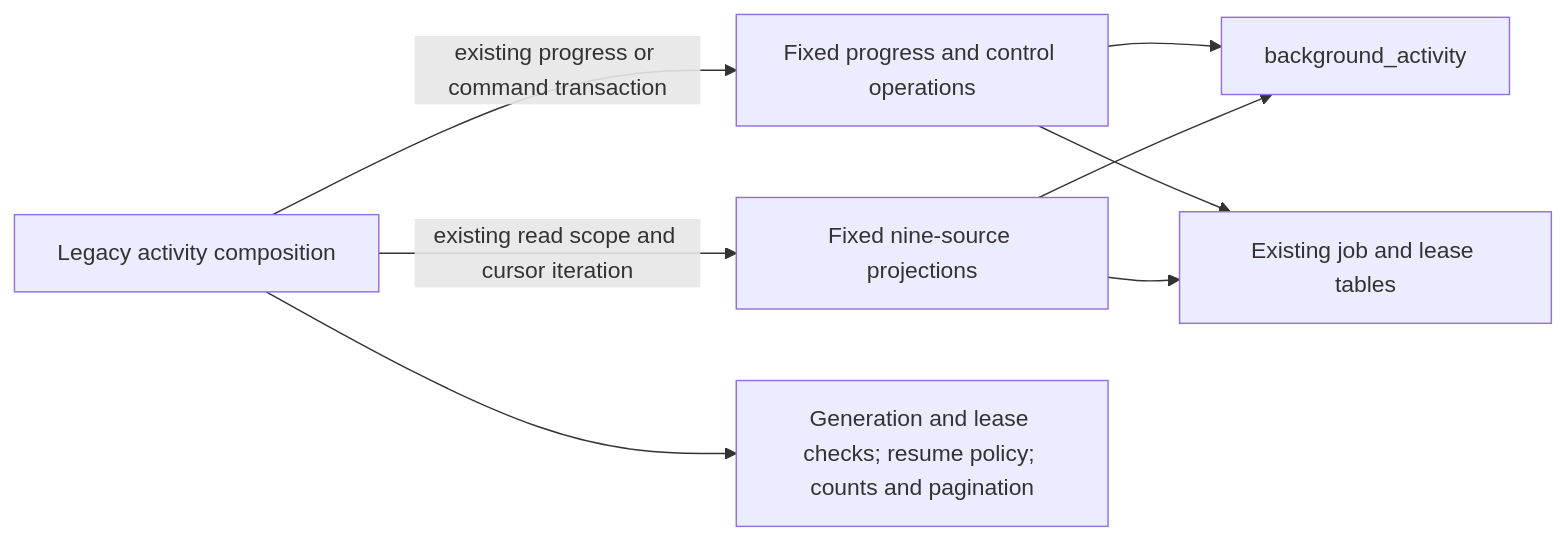
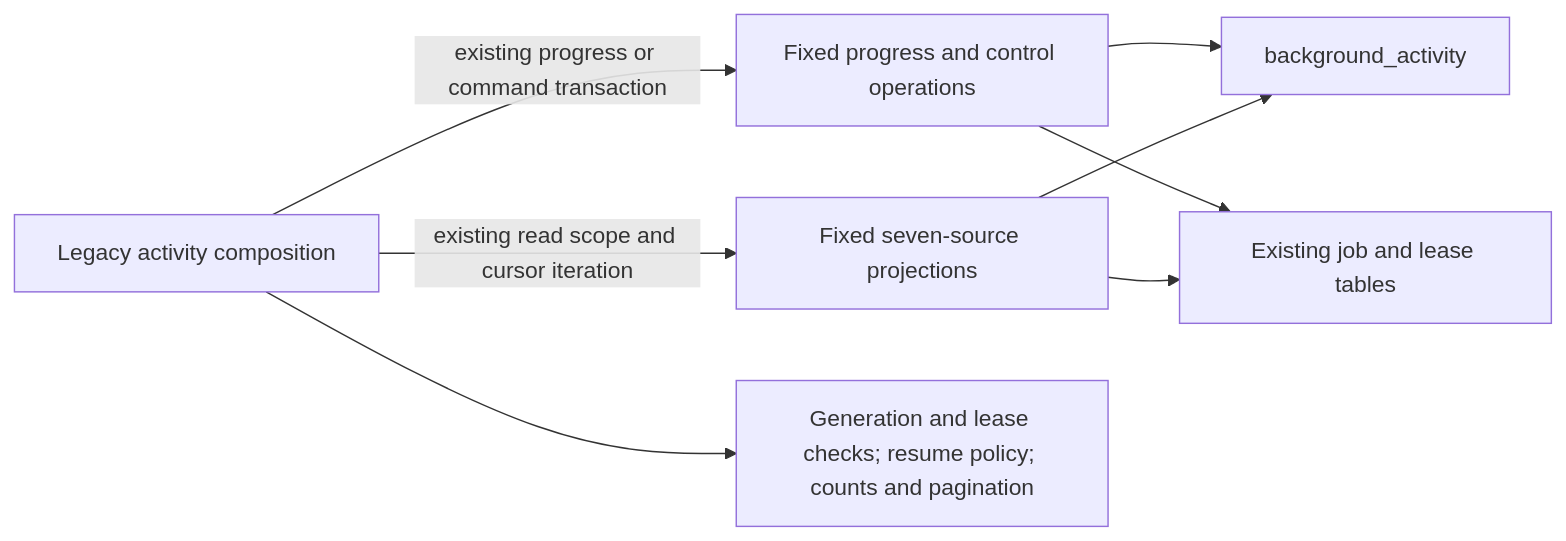
The first of 2 diagrams in database/tempo_legacy_database/adapters/controls/activity/README.md (aaweaver-actuary/tempo), drawn with Mermaid before and after one commit. The commit also changed other lines of this file and 19 other files, not shown here.

````diff
--- a/database/tempo_legacy_database/adapters/controls/activity/README.md
+++ b/database/tempo_legacy_database/adapters/controls/activity/README.md
@@ -9,10 +9,10 @@
 ```mermaid
 flowchart LR
   app[Legacy activity composition] -->|existing progress or command transaction| write[Fixed progress and control operations]
-  app -->|existing read scope and cursor iteration| read[Fixed nine-source projections]
+  app -->|existing read scope and cursor iteration| read[Fixed seven-source projections]
   write --> progress[background_activity]
   write --> jobs[Existing job and lease tables]
   read --> jobs
   read --> progress
   app --> policy[Generation and lease checks; resume policy; counts and pagination]
 ```
````
